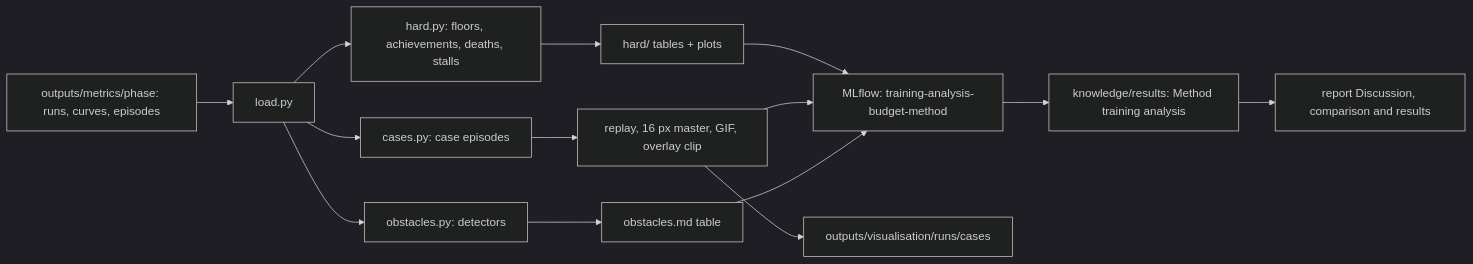
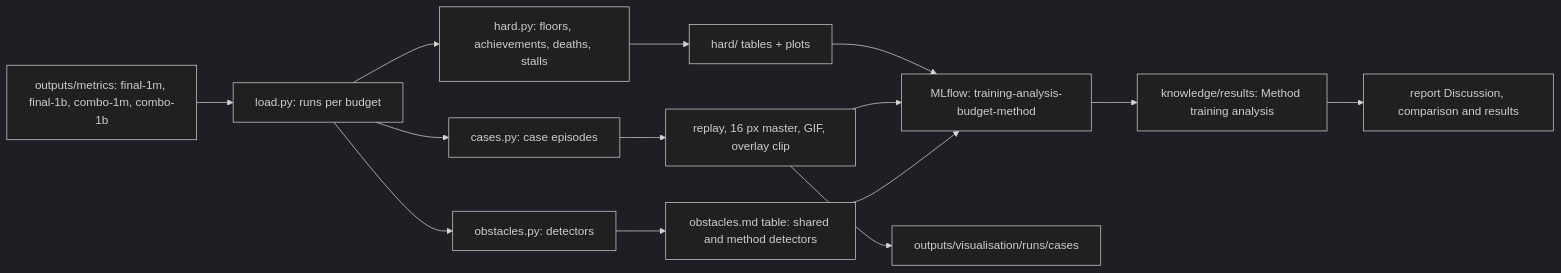
The diagram in plans/2026-10-20-craftax-project/2026-10-20-craftax-training-analysis.md (Pawlo77/rl-craftmax), drawn with Mermaid (dark theme) before and after one commit. The commit also changed other lines of this file and 27 other files, not shown here.

````diff
--- a/plans/2026-10-20-craftax-project/2026-10-20-craftax-training-analysis.md
+++ b/plans/2026-10-20-craftax-project/2026-10-20-craftax-training-analysis.md
@@ -25,16 +25,16 @@
 ```mermaid
 flowchart LR
-  EX["outputs/metrics/phase: runs, curves, episodes"] --> L["load.py"]
+  EX["outputs/metrics: final-1m, final-1b, combo-1m, combo-1b"] --> L["load.py: runs per budget"]
   L --> H["hard.py: floors, achievements, deaths, stalls"]
   L --> C["cases.py: case episodes"]
   L --> O["obstacles.py: detectors"]
   H --> P["hard/ tables + plots"]
   C --> CE["replay, 16 px master, GIF, overlay clip"]
-  O --> OBT["obstacles.md table"]
+  O --> OBT["obstacles.md table: shared and method detectors"]
   P --> ML["MLflow: training-analysis-budget-method"]
   CE --> ML
   OBT --> ML
   ML --> N["knowledge/results: Method training analysis"]
   CE --> V["outputs/visualisation/runs/cases"]
   N --> R["report Discussion, comparison and results"]
 ```
````
